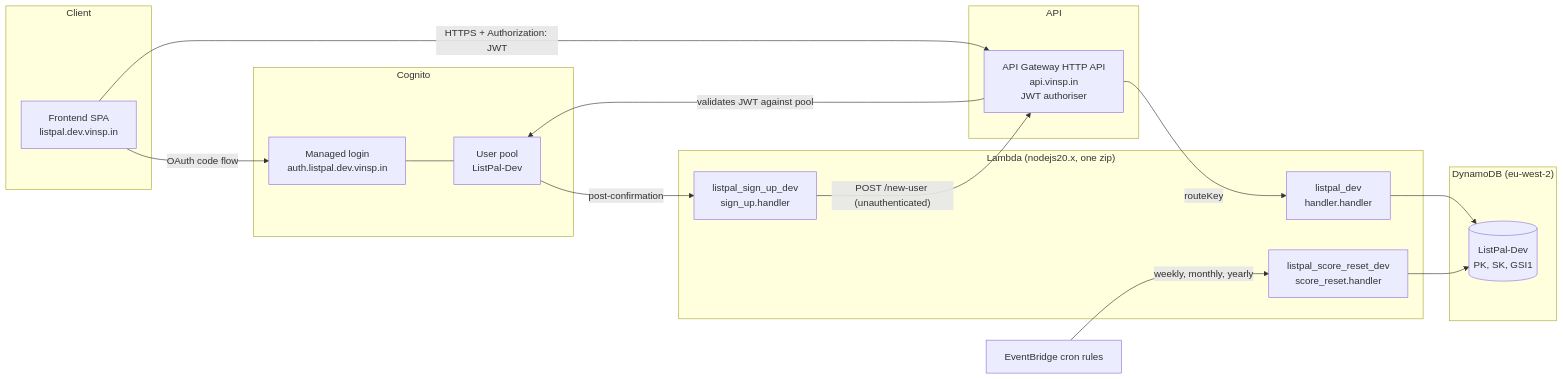
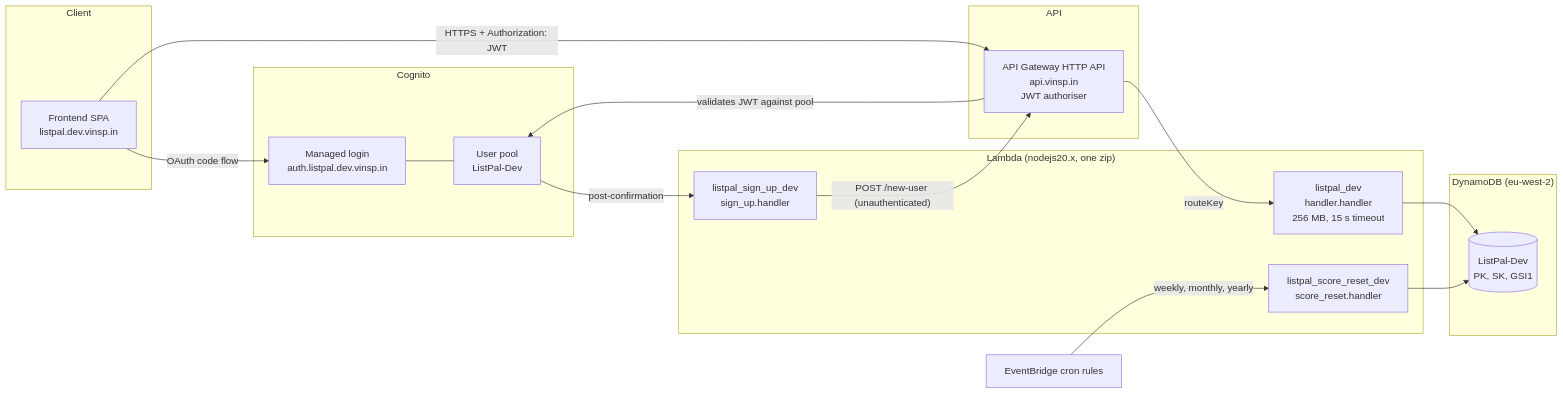
Before and after one commit to TomBenjaminMorris/listpal-backend: the first of 8 diagrams in ARCHITECTURE.md, drawn with Mermaid. The commit also changed other lines of this file and 3 other files, not shown here.

````diff
--- a/ARCHITECTURE.md
+++ b/ARCHITECTURE.md
@@ -66,38 +66,38 @@
 ```mermaid
 flowchart LR
     subgraph Client
         FE["Frontend SPA<br/>listpal.dev.vinsp.in"]
     end
 
     subgraph Auth["Cognito"]
         UP["User pool<br/>ListPal-Dev"]
         HUI["Managed login<br/>auth.listpal.dev.vinsp.in"]
     end
 
     subgraph Edge["API"]
         APIGW["API Gateway HTTP API<br/>api.vinsp.in<br/>JWT authoriser"]
     end
 
     subgraph Compute["Lambda (nodejs20.x, one zip)"]
-        L1["listpal_dev<br/>handler.handler"]
+        L1["listpal_dev<br/>handler.handler<br/>256 MB, 15 s timeout"]
         L2["listpal_sign_up_dev<br/>sign_up.handler"]
         L3["listpal_score_reset_dev<br/>score_reset.handler"]
     end
 
     subgraph Data["DynamoDB (eu-west-2)"]
         T1[("ListPal-Dev<br/>PK, SK, GSI1")]
     end
 
     EB["EventBridge cron rules"]
 
     FE -->|"OAuth code flow"| HUI
     HUI --- UP
     FE -->|"HTTPS + Authorization: JWT"| APIGW
     APIGW -->|"validates JWT against pool"| UP
     APIGW -->|"routeKey"| L1
     L1 --> T1
     UP -->|"post-confirmation"| L2
     L2 -->|"POST /new-user (unauthenticated)"| APIGW
     EB -->|"weekly, monthly, yearly"| L3
     L3 --> T1
 ```
````
